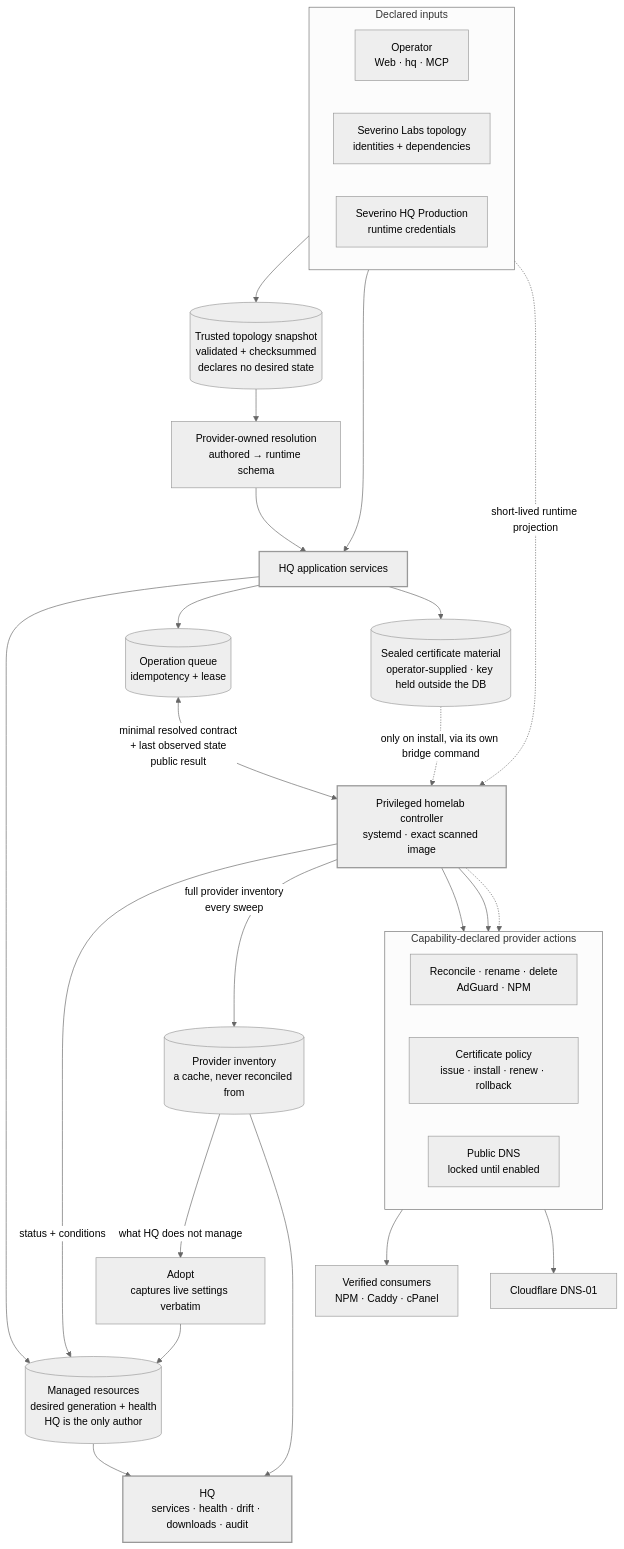
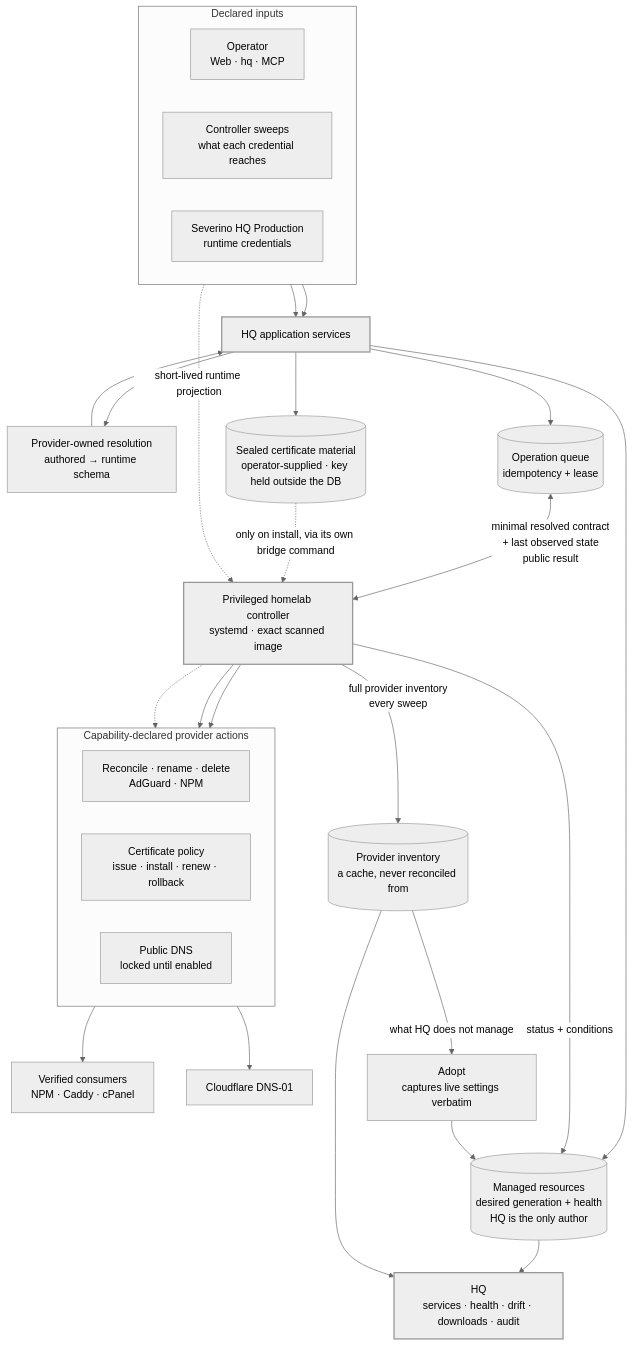
The diagram in docs/diagrams/infrastructure-control-plane.mmd (joeseverino/severino-hq), drawn with Mermaid (neutral theme) before and after one commit. The commit also changed 57 other files, not shown here.

```diff
--- a/docs/diagrams/infrastructure-control-plane.mmd
+++ b/docs/diagrams/infrastructure-control-plane.mmd
@@ -1,44 +1,44 @@
 flowchart TB
     subgraph inputs["Declared inputs"]
         direction LR
         operator["Operator<br/>Web · hq · MCP"]
-        topology["Severino Labs topology<br/>identities + dependencies"]
+        sweeps["Controller sweeps<br/>what each credential reaches"]
         secrets["Severino HQ Production<br/>runtime credentials"]
     end
 
-    topology --> snapshot[("Trusted topology snapshot<br/>validated + checksummed<br/>declares no desired state")]
-    snapshot --> resolver["Provider-owned resolution<br/>authored → runtime schema"]
     operator --> services["HQ application services"]
+    sweeps --> services
+    services --> resolver["Provider-owned resolution<br/>authored → runtime schema"]
     resolver --> services
 
     services --> desired[("Managed resources<br/>desired generation + health<br/>HQ is the only author")]
     services --> queue[("Operation queue<br/>idempotency + lease")]
     services --> material[("Sealed certificate material<br/>operator-supplied · key held outside the DB")]
 
     queue <-->|"minimal resolved contract<br/>+ last observed state<br/>public result"| controller["Privileged homelab controller<br/>systemd · exact scanned image"]
     material -. "only on install, via its own bridge command" .-> controller
     secrets -. "short-lived runtime projection" .-> controller
 
     subgraph outcomes["Capability-declared provider actions"]
         direction LR
         internal["Reconcile · rename · delete<br/>AdGuard · NPM"]
         tls["Certificate policy<br/>issue · install · renew · rollback"]
         publicdns["Public DNS<br/>locked until enabled"]
     end
 
     controller --> internal
     controller --> tls
     controller -.-> publicdns
     tls --> consumers["Verified consumers<br/>NPM · Caddy · cPanel"]
     tls --> dns01["Cloudflare DNS-01"]
 
     controller -->|"status + conditions"| desired
     controller -->|"full provider inventory<br/>every sweep"| inventory[("Provider inventory<br/>a cache, never reconciled from")]
     inventory -->|"what HQ does not manage"| adopt["Adopt<br/>captures live settings verbatim"]
     adopt --> desired
 
     desired --> ui["HQ<br/>services · health · drift · downloads · audit"]
     inventory --> ui
 
     classDef anchor stroke-width:2px;
     class services,controller,ui anchor;
```
